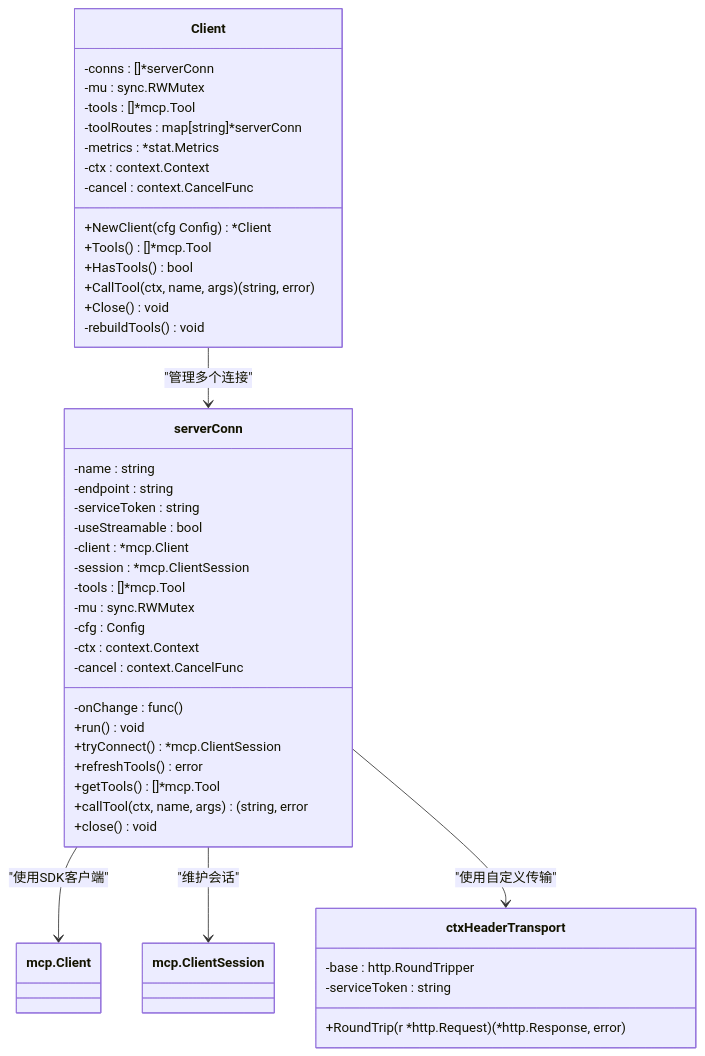
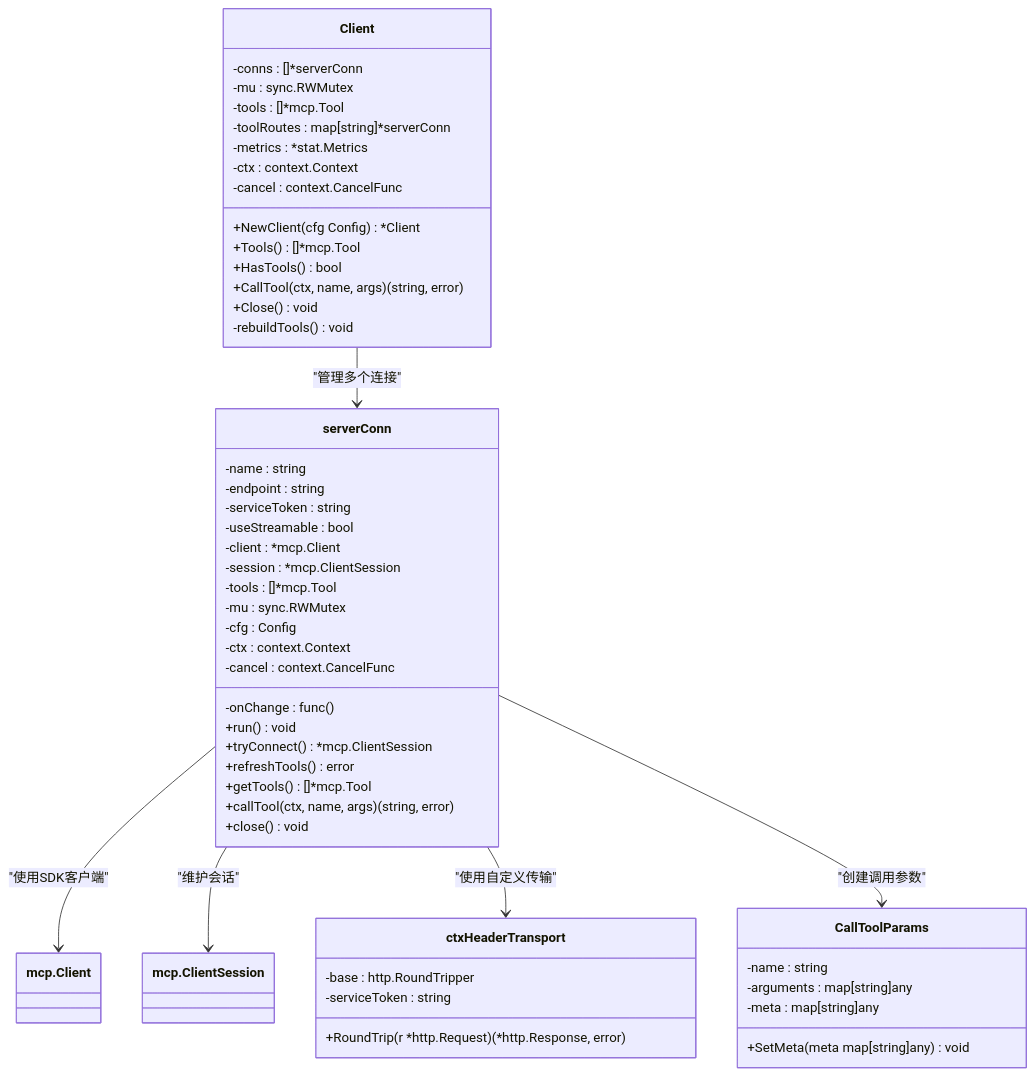
Before and after one commit to maomao94/zero-service: the third of 22 diagrams in .qoder/repowiki/zh/content/核心服务详解/Mcpx客户端包.md, drawn with Mermaid. The commit also changed other lines of this file and 11 other files, not shown here.

````diff
--- a/.qoder/repowiki/zh/content/核心服务详解/Mcpx客户端包.md
+++ b/.qoder/repowiki/zh/content/核心服务详解/Mcpx客户端包.md
@@ -225,47 +237,54 @@
 ```mermaid
 classDiagram
 class Client {
 -conns : []*serverConn
 -mu : sync.RWMutex
 -tools : []*mcp.Tool
 -toolRoutes : map[string]*serverConn
 -metrics : *stat.Metrics
 -ctx : context.Context
 -cancel : context.CancelFunc
 +NewClient(cfg Config) *Client
 +Tools() []*mcp.Tool
 +HasTools() bool
 +CallTool(ctx, name, args) (string, error)
 +Close() void
 -rebuildTools() void
 }
 class serverConn {
 -name : string
 -endpoint : string
 -serviceToken : string
 -useStreamable : bool
 -client : *mcp.Client
 -session : *mcp.ClientSession
 -tools : []*mcp.Tool
 -mu : sync.RWMutex
 -cfg : Config
 -onChange : func()
 -ctx : context.Context
 -cancel : context.CancelFunc
 +run() void
 +tryConnect() *mcp.ClientSession
 +refreshTools() error
 +getTools() []*mcp.Tool
-+callTool(ctx, name, args) (string, error
++callTool(ctx, name, args) (string, error)
 +close() void
 }
 class ctxHeaderTransport {
 -base : http.RoundTripper
 -serviceToken : string
 +RoundTrip(r *http.Request) (*http.Response, error)
 }
+class CallToolParams {
+-name : string
+-arguments : map[string]any
+-meta : map[string]any
++SetMeta(meta map[string]any) void
+}
 Client --> serverConn : "管理多个连接"
 serverConn --> mcp.Client : "使用SDK客户端"
 serverConn --> mcp.ClientSession : "维护会话"
 serverConn --> ctxHeaderTransport : "使用自定义传输"
+serverConn --> CallToolParams : "创建调用参数"
 ```
````
